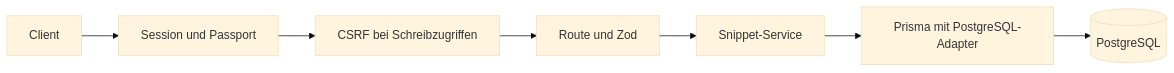
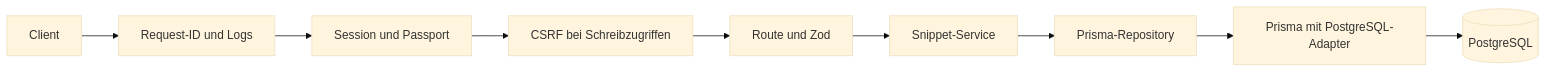
Before and after one commit to Y1NEX/ExpressTestApp: the first of 2 diagrams in docs/BACKEND.md, drawn with Mermaid (base theme). The commit also changed other lines of this file and 47 other files, not shown here.

````diff
--- a/docs/BACKEND.md
+++ b/docs/BACKEND.md
@@ -5,9 +5,11 @@
 ```mermaid
 flowchart LR
-    Client --> Session[Session und Passport]
+    Client --> Context[Request-ID und Logs]
+    Context --> Session[Session und Passport]
     Session --> CSRF[CSRF bei Schreibzugriffen]
     CSRF --> Route[Route und Zod]
     Route --> Service[Snippet-Service]
-    Service --> Prisma[Prisma mit PostgreSQL-Adapter]
+    Service --> Repository[Prisma-Repository]
+    Repository --> Prisma[Prisma mit PostgreSQL-Adapter]
     Prisma --> DB[(PostgreSQL)]
 ```
````
